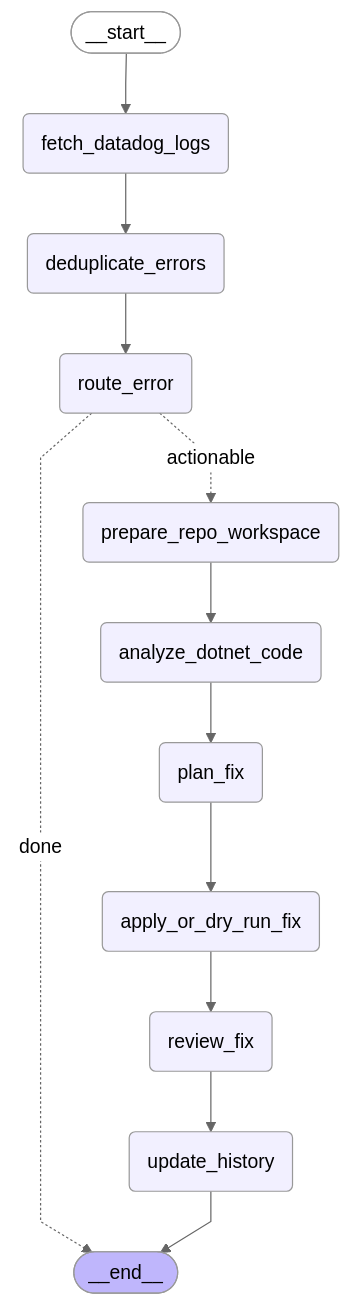
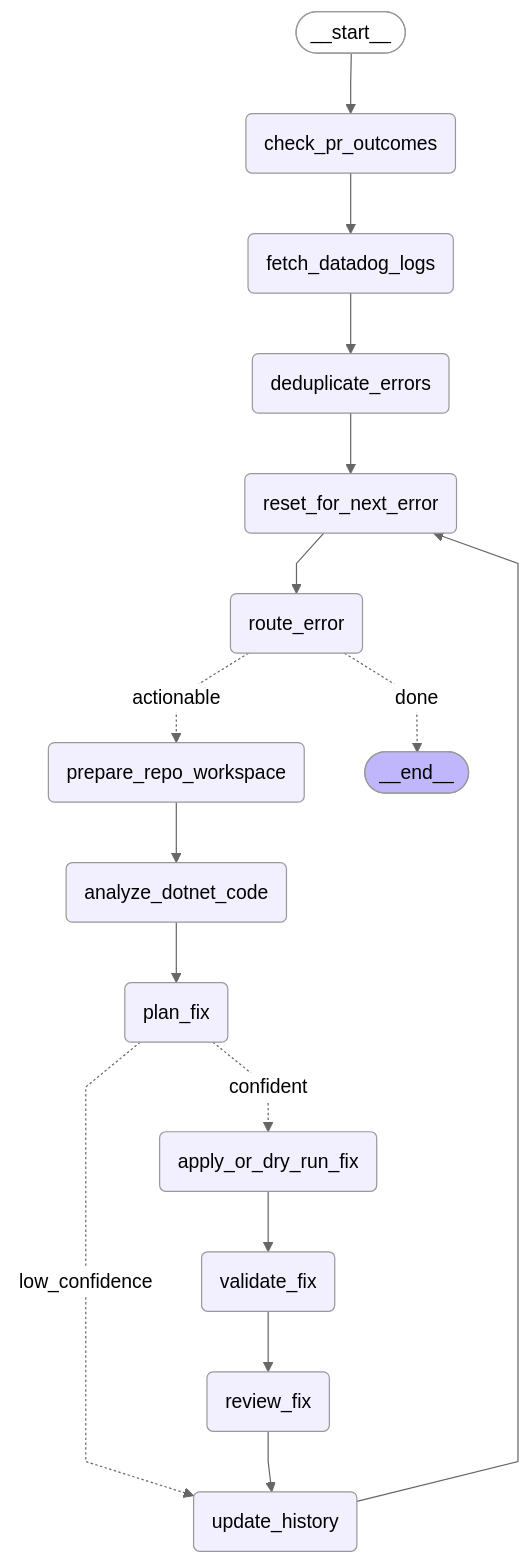
The diagram in data/workflow-graph.mmd (Vishwa-Savandkar/LogScrapper), drawn with Mermaid (neutral theme) before and after one commit. The commit also changed 8 other files, not shown here.

```diff
--- a/data/workflow-graph.mmd
+++ b/data/workflow-graph.mmd
@@ -1,31 +1,38 @@
 ---
 config:
   flowchart:
     curve: linear
 ---
 graph TD;
 	__start__([<p>__start__</p>]):::first
+	check_pr_outcomes(check_pr_outcomes)
 	fetch_datadog_logs(fetch_datadog_logs)
 	deduplicate_errors(deduplicate_errors)
+	reset_for_next_error(reset_for_next_error)
 	route_error(route_error)
 	prepare_repo_workspace(prepare_repo_workspace)
 	analyze_dotnet_code(analyze_dotnet_code)
 	plan_fix(plan_fix)
 	apply_or_dry_run_fix(apply_or_dry_run_fix)
+	validate_fix(validate_fix)
 	review_fix(review_fix)
 	update_history(update_history)
 	__end__([<p>__end__</p>]):::last
-	__start__ --> fetch_datadog_logs;
+	__start__ --> check_pr_outcomes;
 	analyze_dotnet_code --> plan_fix;
-	apply_or_dry_run_fix --> review_fix;
-	deduplicate_errors --> route_error;
+	apply_or_dry_run_fix --> validate_fix;
+	check_pr_outcomes --> fetch_datadog_logs;
+	deduplicate_errors --> reset_for_next_error;
 	fetch_datadog_logs --> deduplicate_errors;
-	plan_fix --> apply_or_dry_run_fix;
+	plan_fix -. &nbsp;confident&nbsp; .-> apply_or_dry_run_fix;
+	plan_fix -. &nbsp;low_confidence&nbsp; .-> update_history;
 	prepare_repo_workspace --> analyze_dotnet_code;
+	reset_for_next_error --> route_error;
 	review_fix --> update_history;
 	route_error -. &nbsp;done&nbsp; .-> __end__;
 	route_error -. &nbsp;actionable&nbsp; .-> prepare_repo_workspace;
-	update_history --> __end__;
+	update_history --> reset_for_next_error;
+	validate_fix --> review_fix;
 	classDef default fill:#f2f0ff,line-height:1.2
 	classDef first fill-opacity:0
 	classDef last fill:#bfb6fc
```
